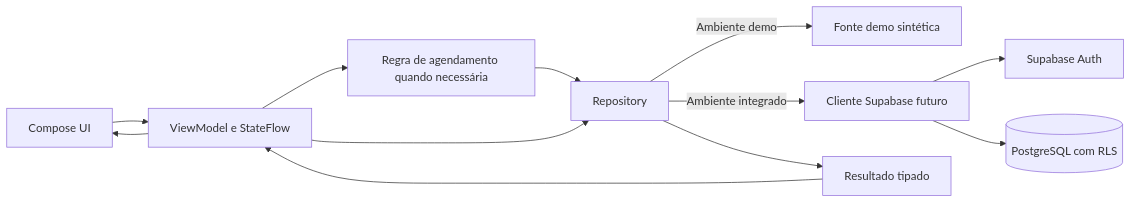
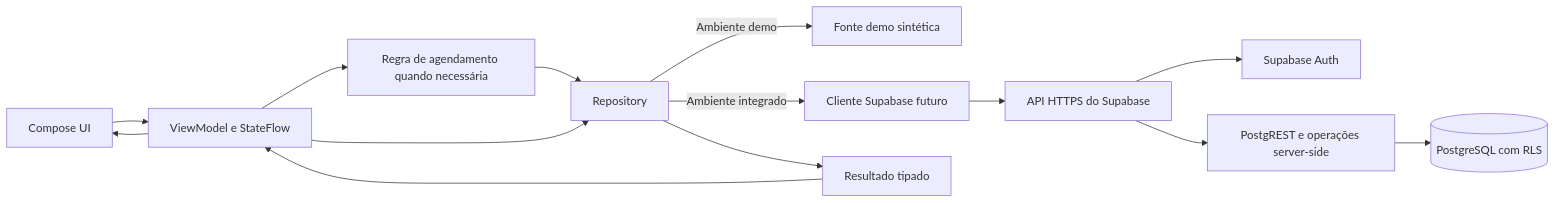
One commit to KatiaSato/Doe_Sangue changed the diagram in docs/06-arquitetura.md. Above: the diagram before and after it, drawn with Mermaid. The commit also changed other lines of this file and 7 other files, not shown here.

````diff
--- a/docs/06-arquitetura.md
+++ b/docs/06-arquitetura.md
@@ -13,14 +13,16 @@
 ```mermaid
 flowchart LR
     ui[Compose UI] --> vm[ViewModel e StateFlow]
     vm --> rule[Regra de agendamento quando necessária]
     rule --> repo[Repository]
     vm --> repo
     repo -->|"Ambiente demo"| demo[Fonte demo sintética]
     repo -->|"Ambiente integrado"| supabase[Cliente Supabase futuro]
-    supabase --> auth[Supabase Auth]
-    supabase --> db[(PostgreSQL com RLS)]
+    supabase --> api[API HTTPS do Supabase]
+    api --> auth[Supabase Auth]
+    api --> rest[PostgREST e operações server-side]
+    rest --> db[(PostgreSQL com RLS)]
     repo --> state[Resultado tipado]
     state --> vm
     vm --> ui
 ```
````
